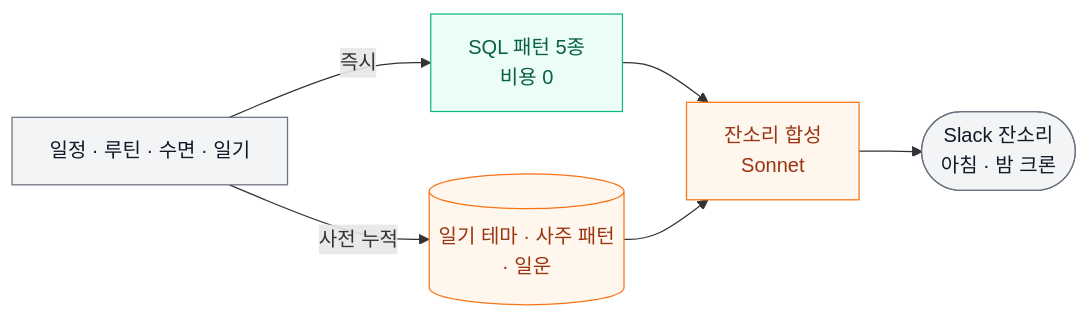
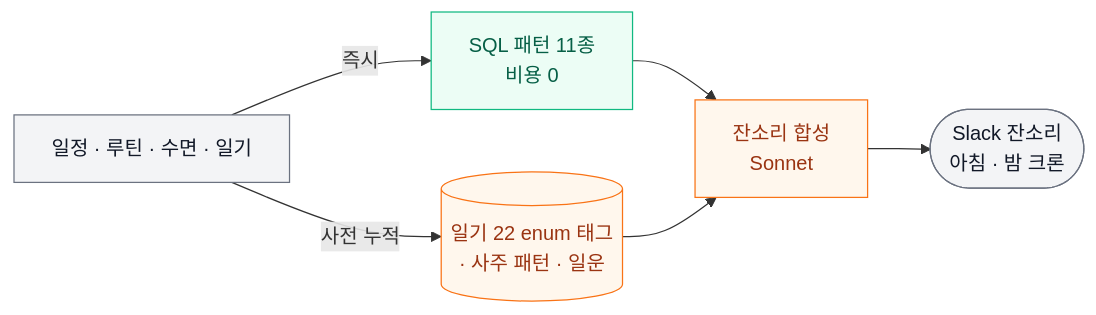
One commit to hyewon3938/slack-ai-agents changed the first of 4 diagrams in README.md. Above: the diagram before and after it, drawn with Mermaid. The commit also changed other lines of this file, not shown here.

````diff
--- a/README.md
+++ b/README.md
@@ -26,15 +27,15 @@
 ```mermaid
 graph LR
-    D[일정 · 루틴 · 수면 · 일기] -->|즉시| P[SQL 패턴 5종<br/>비용 0]
-    D -->|사전 누적| L[(일기 테마 · 사주 패턴<br/>· 일운)]
+    D[일정 · 루틴 · 수면 · 일기] -->|즉시| P[SQL 패턴 11종<br/>비용 0]
+    D -->|사전 누적| L[(일기 22 enum 태그<br/>· 사주 패턴 · 일운)]
     P --> SY[잔소리 합성<br/>Sonnet]
     L --> SY
     SY --> O([Slack 잔소리<br/>아침 · 밤 크론])
 
     classDef io fill:#f3f4f6,stroke:#6b7280,color:#111827
     classDef fast fill:#ecfdf5,stroke:#10b981,color:#065f46
     classDef loop fill:#fff7ed,stroke:#f97316,color:#9a3412
     class D,O io
     class P fast
     class L,SY loop
 ```
````
